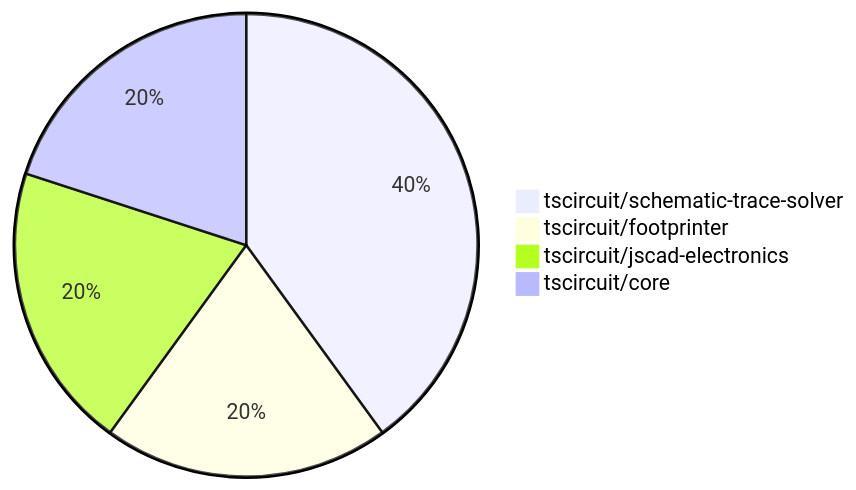
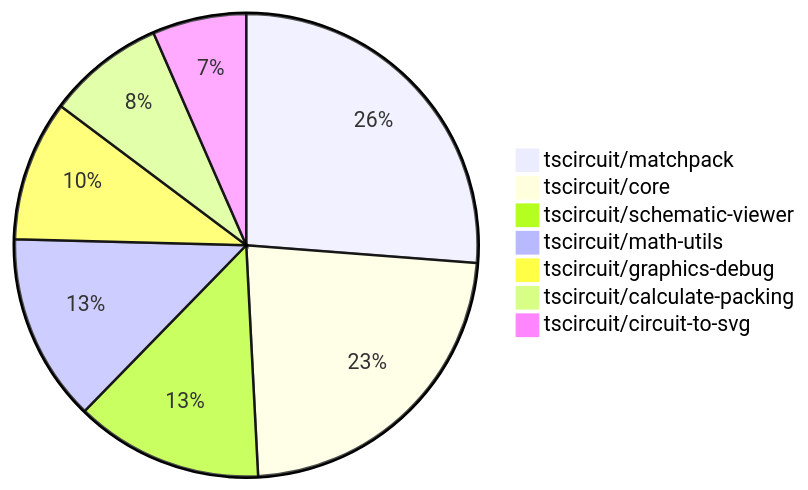
One commit to tscircuit/contribution-tracker changed the second of 2 diagrams in contribution-overviews/2025-09-03.md. Above: the diagram before and after it, drawn with Mermaid. The commit also changed other lines of this file and 3 other files, not shown here.

````diff
--- a/contribution-overviews/2025-09-03.md
+++ b/contribution-overviews/2025-09-03.md
@@ -51,7 +68,10 @@
 ```mermaid
 pie
-    "tscircuit/schematic-trace-solver" : 2
-    "tscircuit/footprinter" : 1
-    "tscircuit/jscad-electronics" : 1
-    "tscircuit/core" : 1
+    "tscircuit/matchpack" : 16
+    "tscircuit/core" : 14
+    "tscircuit/schematic-viewer" : 8
+    "tscircuit/math-utils" : 8
+    "tscircuit/graphics-debug" : 6
+    "tscircuit/calculate-packing" : 5
+    "tscircuit/circuit-to-svg" : 4
 ```
````
